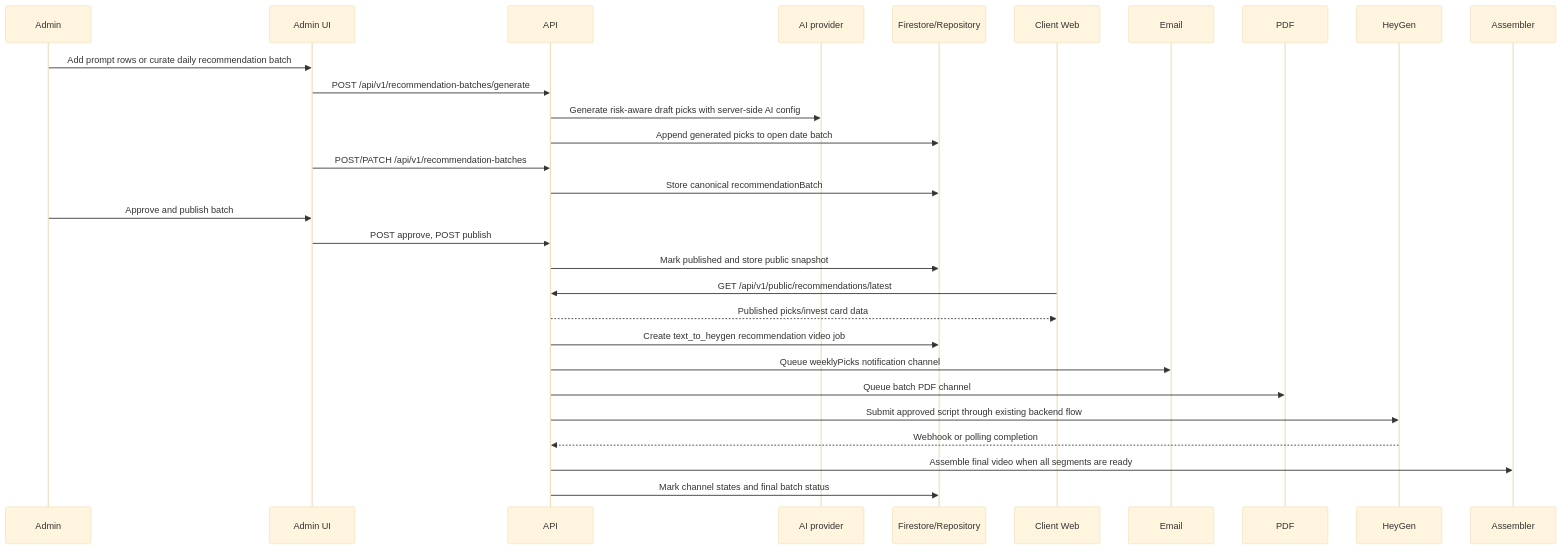
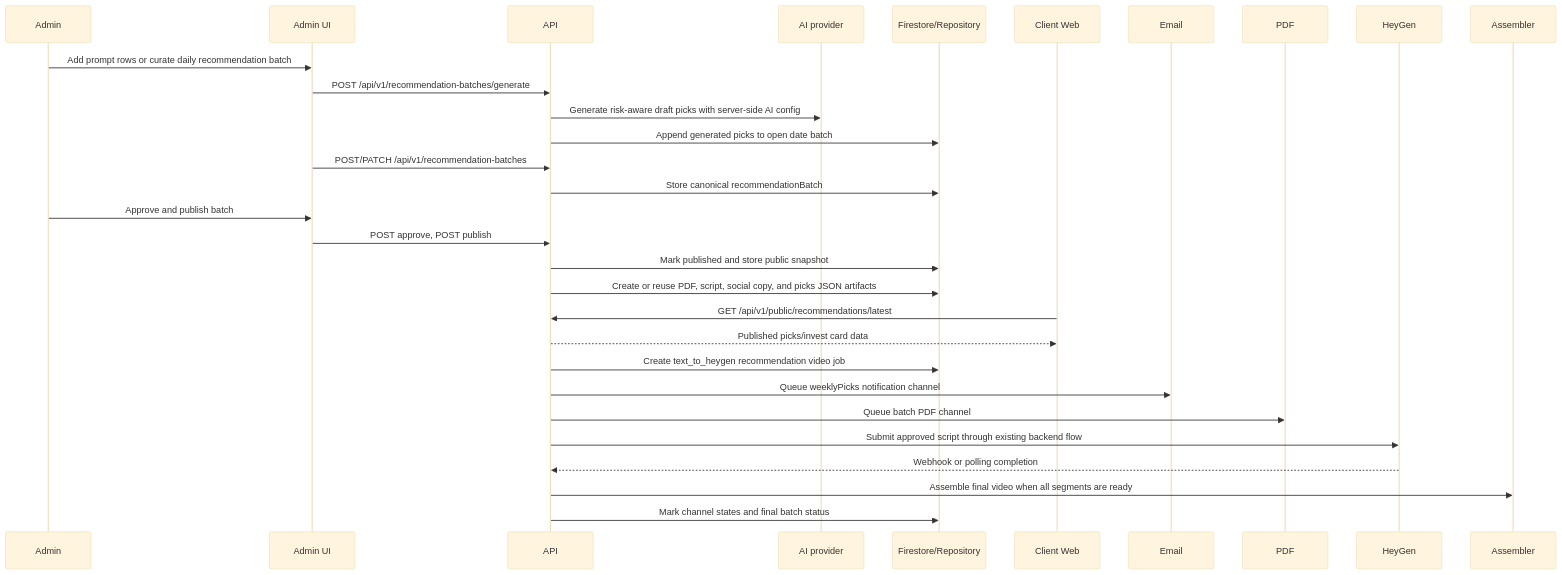
Before and after one commit to newleafsystem/admin-web: the fourth of 12 diagrams in docs/architecture-flows.md, drawn with Mermaid (base theme). The commit also changed other lines of this file and 13 other files, not shown here.

````diff
--- a/docs/architecture-flows.md
+++ b/docs/architecture-flows.md
@@ -102,32 +102,33 @@
 ```mermaid
 sequenceDiagram
   participant Admin
   participant UI as Admin UI
   participant API
   participant LLM as AI provider
   participant Repo as Firestore/Repository
   participant Client as Client Web
   participant Email
   participant PDF
   participant HeyGen
   participant Assembler
 
   Admin->>UI: Add prompt rows or curate daily recommendation batch
   UI->>API: POST /api/v1/recommendation-batches/generate
   API->>LLM: Generate risk-aware draft picks with server-side AI config
   API->>Repo: Append generated picks to open date batch
   UI->>API: POST/PATCH /api/v1/recommendation-batches
   API->>Repo: Store canonical recommendationBatch
   Admin->>UI: Approve and publish batch
   UI->>API: POST approve, POST publish
   API->>Repo: Mark published and store public snapshot
+  API->>Repo: Create or reuse PDF, script, social copy, and picks JSON artifacts
   Client->>API: GET /api/v1/public/recommendations/latest
   API-->>Client: Published picks/invest card data
   API->>Repo: Create text_to_heygen recommendation video job
   API->>Email: Queue weeklyPicks notification channel
   API->>PDF: Queue batch PDF channel
   API->>HeyGen: Submit approved script through existing backend flow
   HeyGen-->>API: Webhook or polling completion
   API->>Assembler: Assemble final video when all segments are ready
   API->>Repo: Mark channel states and final batch status
 ```
````
